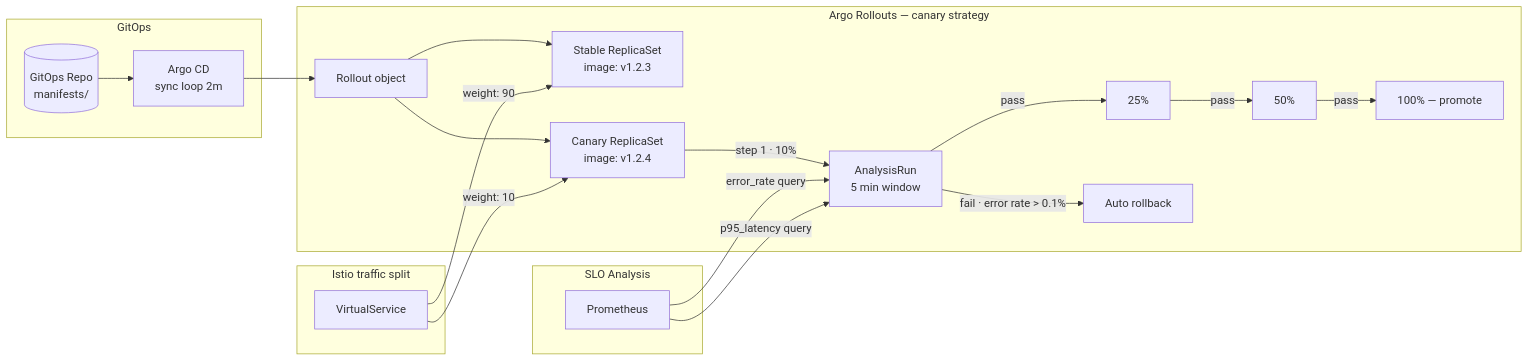
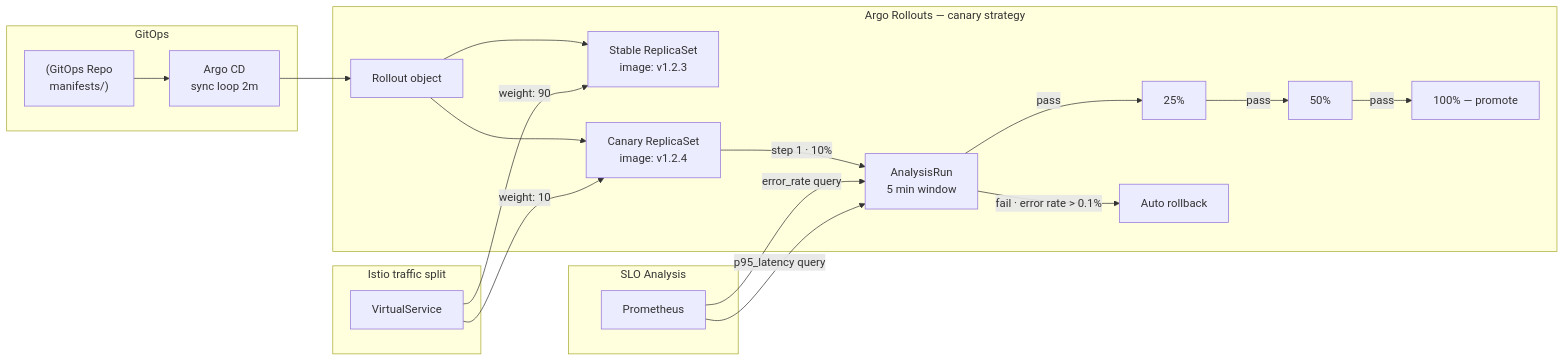
One commit to srinivaskona7/devops-learning changed the second of 5 diagrams in 08-projects/10-platform-engineering-end-to-end/README.md. Above: the diagram before and after it, drawn with Mermaid. The commit also changed other lines of this file and 220 other files, not shown here.

````diff
--- a/08-projects/10-platform-engineering-end-to-end/README.md
+++ b/08-projects/10-platform-engineering-end-to-end/README.md
@@ -214,27 +214,27 @@
 ```mermaid
 flowchart LR
     subgraph GitOps
-        REPO[(GitOps Repo<br/>manifests/)] --> ARGOCD[Argo CD<br/>sync loop 2m]
+        REPO["(GitOps Repo<br/>manifests/)"] --> ARGOCD["Argo CD<br/>sync loop 2m"]
     end
 
     subgraph Rollout["Argo Rollouts — canary strategy"]
         ARGOCD --> ROLLOUT[Rollout object]
-        ROLLOUT --> STABLE_RS[Stable ReplicaSet<br/>image: v1.2.3]
-        ROLLOUT --> CANARY_RS[Canary ReplicaSet<br/>image: v1.2.4]
-        CANARY_RS -->|step 1 · 10%| ANALYSIS1[AnalysisRun<br/>5 min window]
+        ROLLOUT --> STABLE_RS["Stable ReplicaSet<br/>image: v1.2.3"]
+        ROLLOUT --> CANARY_RS["Canary ReplicaSet<br/>image: v1.2.4"]
+        CANARY_RS -->|step 1 · 10%| ANALYSIS1["AnalysisRun<br/>5 min window"]
         ANALYSIS1 -->|pass| STEP2[25%]
         STEP2 -->|pass| STEP3[50%]
         STEP3 -->|pass| FULL[100% — promote]
         ANALYSIS1 -->|fail · error rate > 0.1%| ROLLBACK[Auto rollback]
     end
 
     subgraph Istio["Istio traffic split"]
         VS[VirtualService] -->|weight: 90| STABLE_RS
         VS -->|weight: 10| CANARY_RS
     end
 
     subgraph SLO["SLO Analysis"]
         PROM[Prometheus] -->|error_rate query| ANALYSIS1
         PROM -->|p95_latency query| ANALYSIS1
     end
 ```
````
